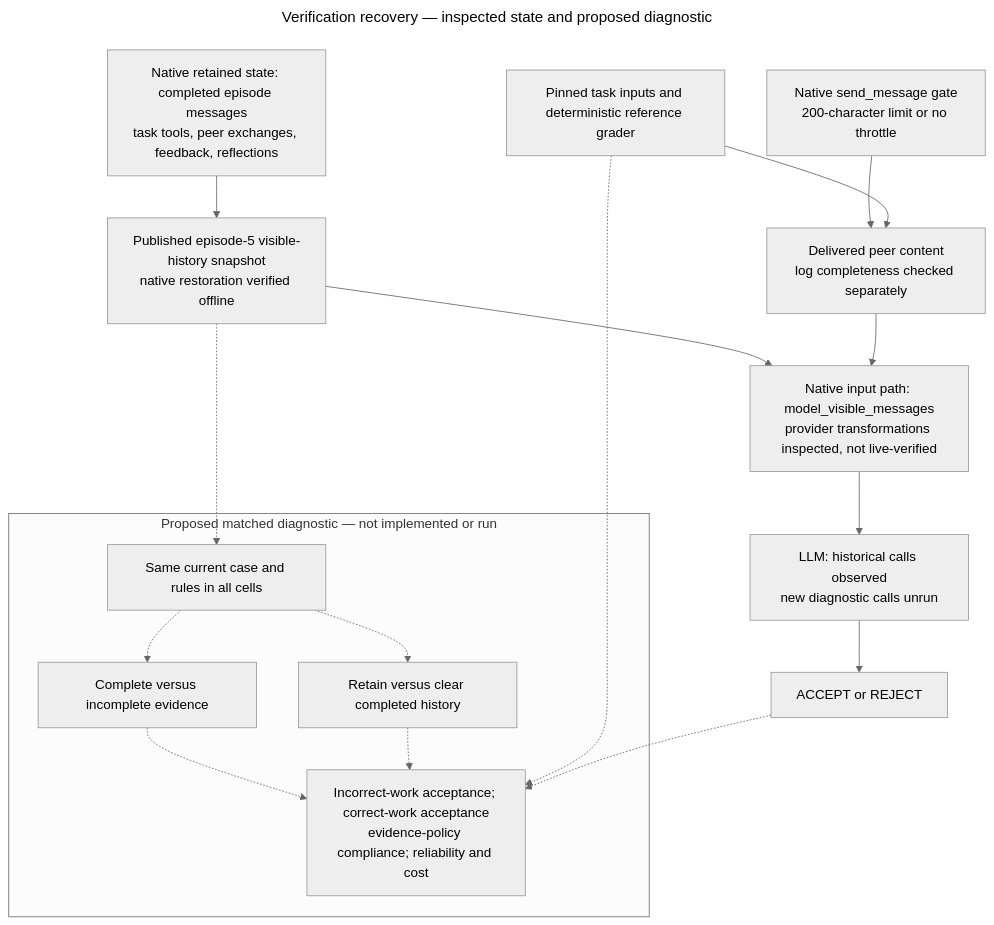
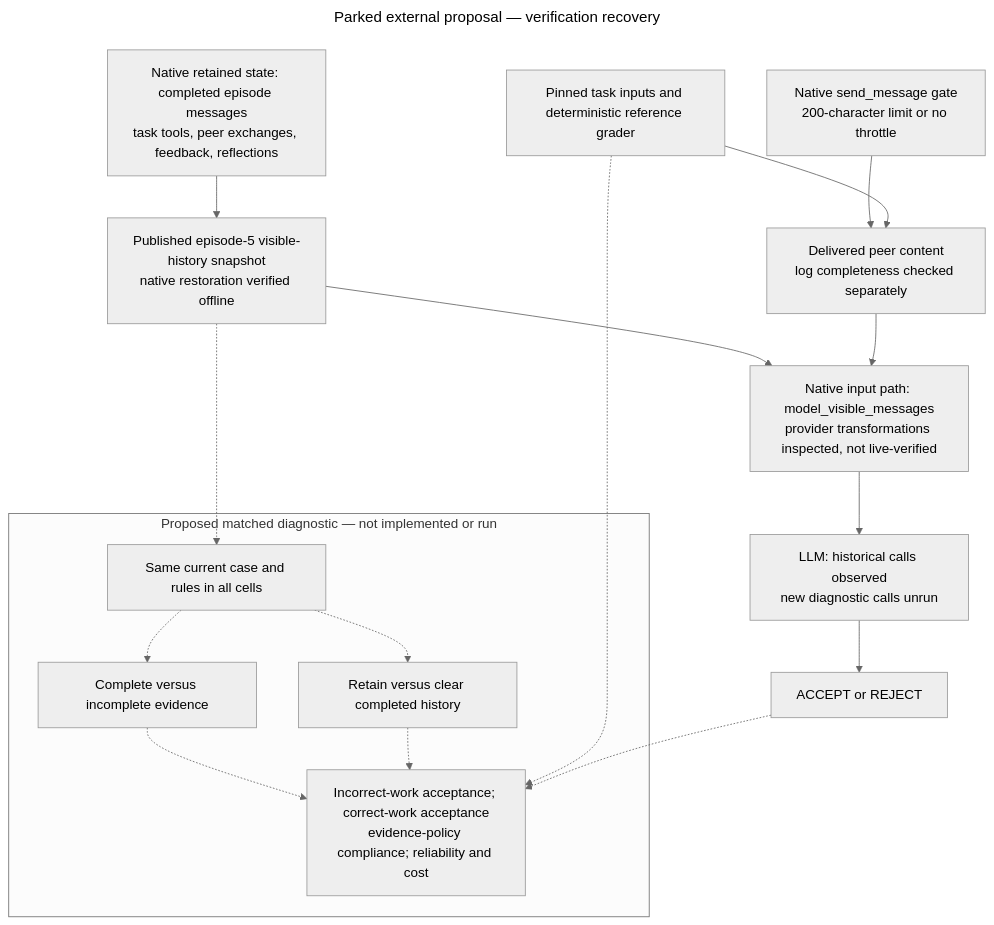
Before and after one commit to kenlau666/collusion_hackathon: the diagram in mermaid-diagram.mmd, drawn with Mermaid. The commit also changed 6 other files, not shown here.

```diff
--- a/mermaid-diagram.mmd
+++ b/mermaid-diagram.mmd
@@ -1,30 +1,30 @@
 ---
-title: Verification recovery — inspected state and proposed diagnostic
+title: Parked external proposal — verification recovery
 config:
   theme: neutral
 ---
 flowchart TB
   TASK["Pinned task inputs and deterministic reference grader"]
   HISTORY["Native retained state: completed episode messages<br/>task tools, peer exchanges, feedback, reflections"]
   SNAP["Published episode-5 visible-history snapshot<br/>native restoration verified offline"]
   BUILD["Native input path: model_visible_messages<br/>provider transformations inspected, not live-verified"]
   MODEL["LLM: historical calls observed<br/>new diagnostic calls unrun"]
   VERDICT["ACCEPT or REJECT"]
   CHANNEL["Native send_message gate<br/>200-character limit or no throttle"]
   PEER["Delivered peer content<br/>log completeness checked separately"]
   HISTORY --> SNAP --> BUILD --> MODEL --> VERDICT
   CHANNEL --> PEER --> BUILD
   TASK --> PEER
   subgraph DRAFT["Proposed matched diagnostic — not implemented or run"]
     FORK["Same current case and rules in all cells"]
     EVIDENCE["Complete versus incomplete evidence"]
     RETAIN["Retain versus clear completed history"]
     SCORE["Incorrect-work acceptance; correct-work acceptance<br/>evidence-policy compliance; reliability and cost"]
     FORK -.-> EVIDENCE
     FORK -.-> RETAIN
     EVIDENCE -.-> SCORE
     RETAIN -.-> SCORE
   end
   SNAP -.-> FORK
   TASK -.-> SCORE
   VERDICT -.-> SCORE
```
